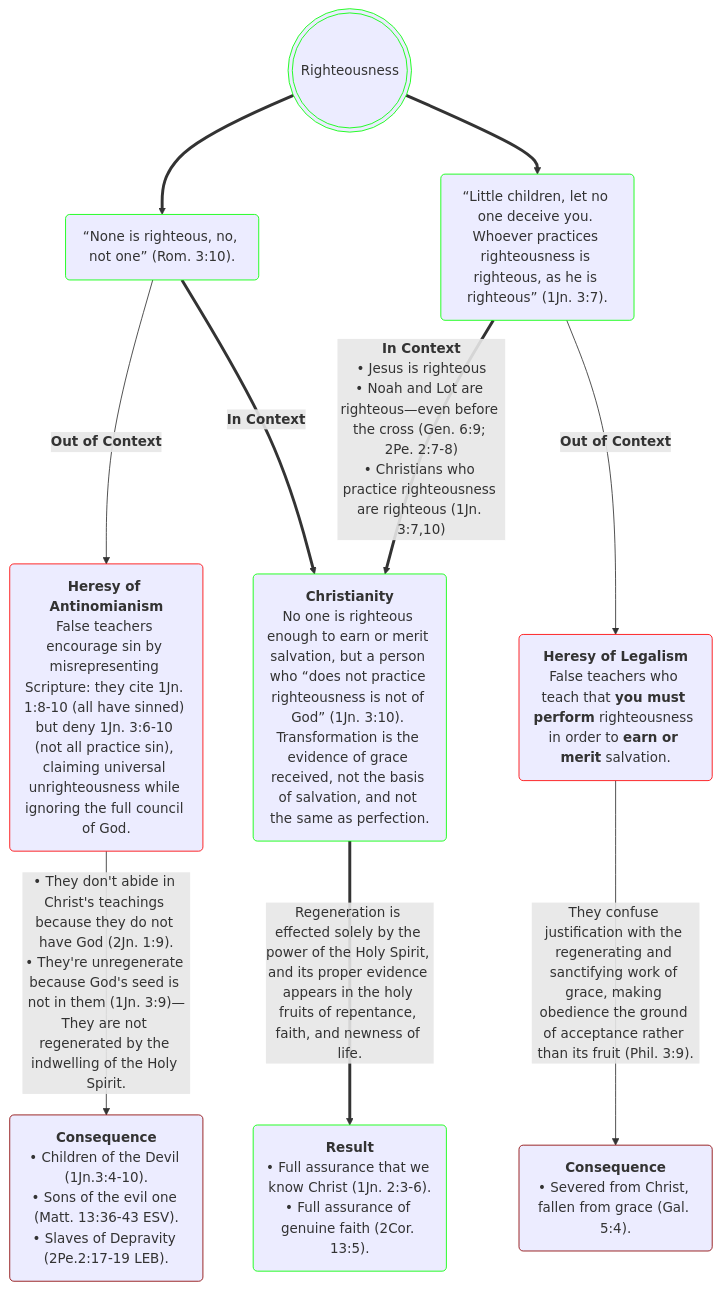
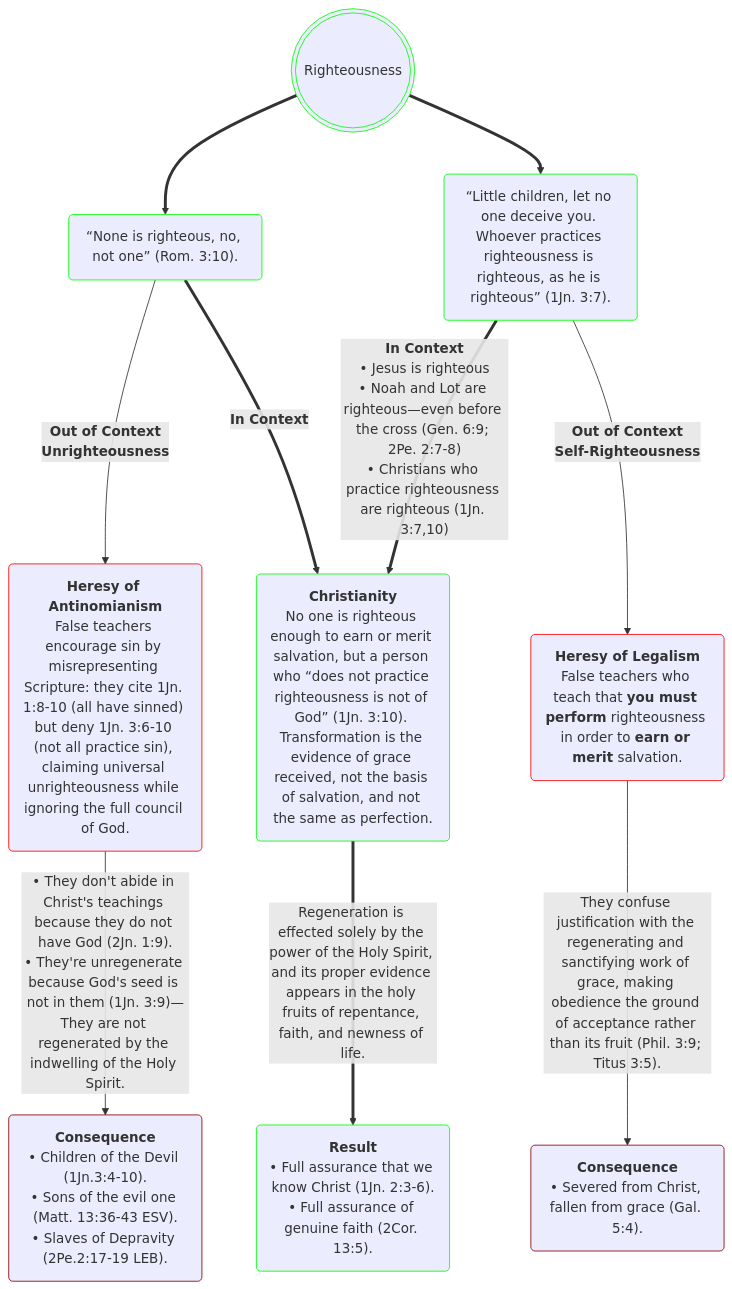
One commit to OrdoLuminis/ordoluminis.github.io changed the diagram in _posts/2026-05-23-righteousness.markdown. Above: the diagram before and after it, drawn with Mermaid. The commit also changed other lines of this file, not shown here.

Commit message:
edited labels

````diff
--- a/_posts/2026-05-23-righteousness.markdown
+++ b/_posts/2026-05-23-righteousness.markdown
@@ -46,16 +46,16 @@
 ```mermaid
 flowchart TD
     A(((Righteousness))):::green
     A ==> B(&ldquo;None is righteous, no, not one&rdquo; &lpar;Rom. 3:10&rpar;.):::green
     A ==> C(&ldquo;Little children, let no one deceive you. Whoever practices righteousness is righteous, as he is righteous&rdquo; &lpar;1Jn. 3:7&rpar;.):::green
-    B -->|<strong>Out of Context</strong>| D(<strong>Heresy of Antinomianism</strong><br>False teachers encourage sin by misrepresenting Scripture: they cite 1Jn. 1:8-10 &lpar;all have sinned&rpar; but deny 1Jn. 3:6-10 &lpar;not all practice sin&rpar;, claiming universal unrighteousness while ignoring the full council of God.):::red
-    C -->|<strong>Out of Context</strong>| E(<strong>Heresy of Legalism</strong><br>False teachers who teach that <strong>you must perform</strong> righteousness in order to <strong>earn or merit</strong> salvation.):::red
+    B -->|<strong>Out of Context<br>Unrighteousness</strong>| D(<strong>Heresy of Antinomianism</strong><br>False teachers encourage sin by misrepresenting Scripture: they cite 1Jn. 1:8-10 &lpar;all have sinned&rpar; but deny 1Jn. 3:6-10 &lpar;not all practice sin&rpar;, claiming universal unrighteousness while ignoring the full council of God.):::red
+    C -->|<strong>Out of Context<br>Self-Righteousness</strong>| E(<strong>Heresy of Legalism</strong><br>False teachers who teach that <strong>you must perform</strong> righteousness in order to <strong>earn or merit</strong> salvation.):::red
     B ==>|<strong>In Context</strong>| F(<strong>Christianity</strong><br>No one is righteous enough to earn or merit salvation, but a person who &ldquo;does not practice righteousness is not of God&rdquo; &lpar;1Jn. 3:10&rpar;. Transformation is the evidence of grace received, not the basis of salvation, and not the same as perfection.):::green
     C ==>|<strong>In Context</strong><br>&bull; Jesus is righteous<br>&bull; Noah and Lot are righteous&mdash;even before the cross &lpar;Gen. 6:9; 2Pe. 2:7-8&rpar;<br>&bull; Christians who practice righteousness are righteous &lpar;1Jn. 3:7,10&rpar;| F
     D -->|&bull; They don't abide in Christ's teachings because they do not have God &lpar;2Jn. 1:9&rpar;.<br>&bull; They're unregenerate because God's seed is not in them &lpar;1Jn. 3:9&rpar;&mdash;They are not regenerated by the indwelling of the Holy Spirit.| G(<strong>Consequence</strong><br>&bull; Children of the Devil &lpar;1Jn.3:4-10&rpar;.<br>&bull; Sons of the evil one &lpar;Matt. 13:36-43 ESV&rpar;.<br>&bull; Slaves of Depravity &lpar;2Pe.2:17-19 LEB&rpar;.):::darkred
-    E -->|They confuse justification with the regenerating and sanctifying work of grace, making obedience the ground of acceptance rather than its fruit &lpar;Phil. 3:9&rpar;.| H(<strong>Consequence</strong><br>&bull; Severed from Christ, fallen from grace &lpar;Gal. 5:4&rpar;.):::darkred
+    E -->|They confuse justification with the regenerating and sanctifying work of grace, making obedience the ground of acceptance rather than its fruit &lpar;Phil. 3:9; Titus 3:5&rpar;.| H(<strong>Consequence</strong><br>&bull; Severed from Christ, fallen from grace &lpar;Gal. 5:4&rpar;.):::darkred
     F ==>|Regeneration is effected solely by the power of the Holy Spirit, and its proper evidence appears in the holy fruits of repentance, faith, and newness of life.| I(<strong>Result</strong><br>&bull; Full assurance that we know Christ &lpar;1Jn. 2:3-6&rpar;.<br>&bull; Full assurance of genuine faith &lpar;2Cor. 13:5&rpar;. ):::green
     classDef red stroke:#f00
     classDef green stroke:#0f0
     classDef darkred stroke:#8B0000
 ```
````
